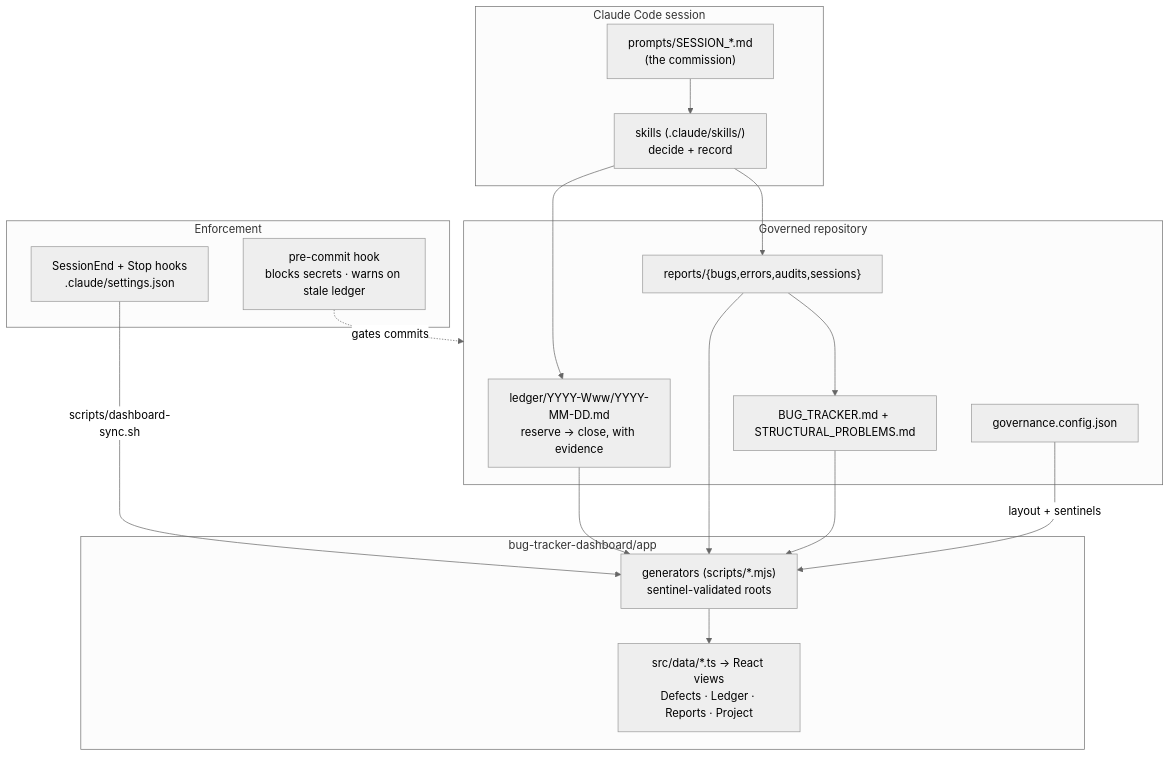
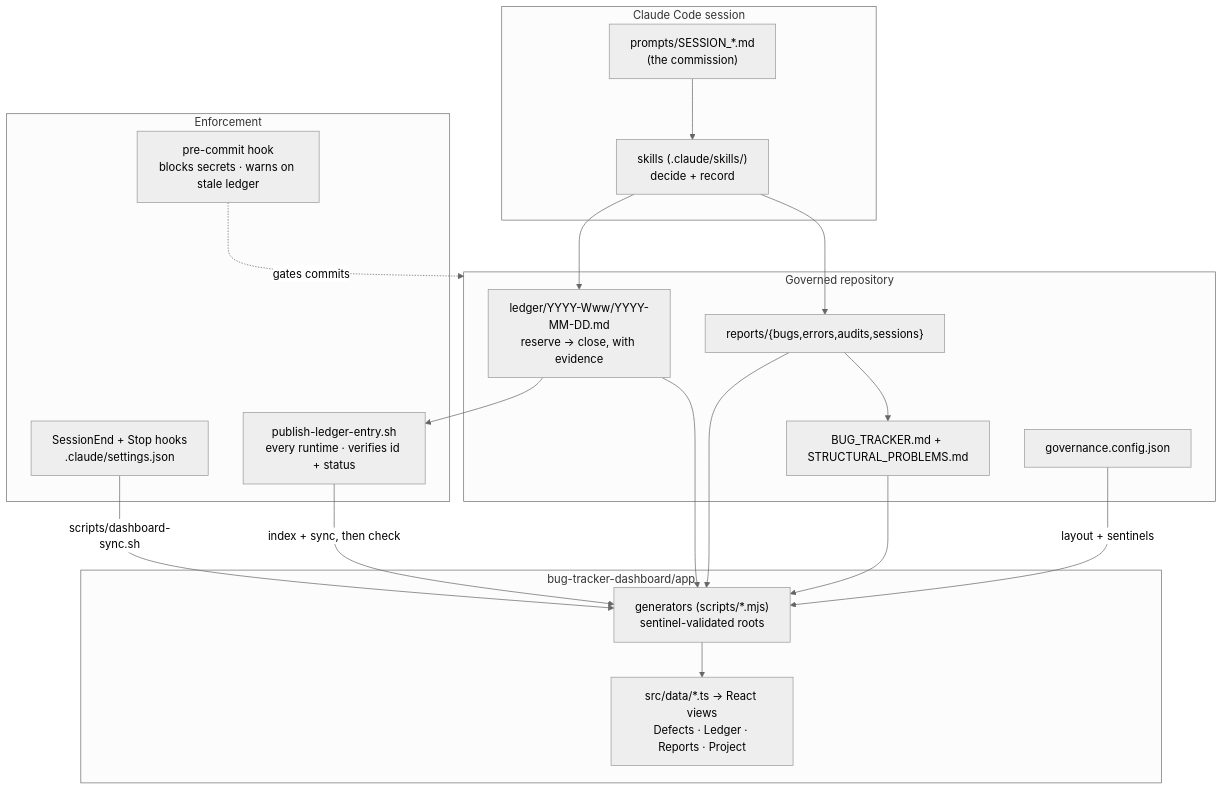
One commit to hatim-mlf/claude-governance-kit changed the diagram in README.md. Above: the diagram before and after it, drawn with Mermaid (neutral theme). The commit also changed other lines of this file and 6 other files, not shown here.

````diff
--- a/README.md
+++ b/README.md
@@ -53,34 +53,37 @@
 ```mermaid
 flowchart TD
     subgraph Session["Claude Code session"]
         P["prompts/SESSION_*.md<br/>(the commission)"]
         S["skills (.claude/skills/)<br/>decide + record"]
     end
 
     subgraph Repo["Governed repository"]
         L["ledger/YYYY-Www/YYYY-MM-DD.md<br/>reserve → close, with evidence"]
         R["reports/{bugs,errors,audits,sessions}"]
         T["BUG_TRACKER.md + STRUCTURAL_PROBLEMS.md"]
         C["governance.config.json"]
     end
 
     subgraph Enforce["Enforcement"]
         PC["pre-commit hook<br/>blocks secrets · warns on stale ledger"]
         HK["SessionEnd + Stop hooks<br/>.claude/settings.json"]
+        PB["publish-ledger-entry.sh<br/>every runtime · verifies id + status"]
     end
 
     subgraph Dash["bug-tracker-dashboard/app"]
         G["generators (scripts/*.mjs)<br/>sentinel-validated roots"]
         D["src/data/*.ts → React views<br/>Defects · Ledger · Reports · Project"]
     end
 
     P --> S --> L
     S --> R --> T
     PC -. gates commits .-> Repo
     HK -->|"scripts/dashboard-sync.sh"| G
+    PB -->|"index + sync, then check"| G
+    L --> PB
     L --> G
     R --> G
     T --> G
     C -->|layout + sentinels| G
     G --> D
 ```
````
